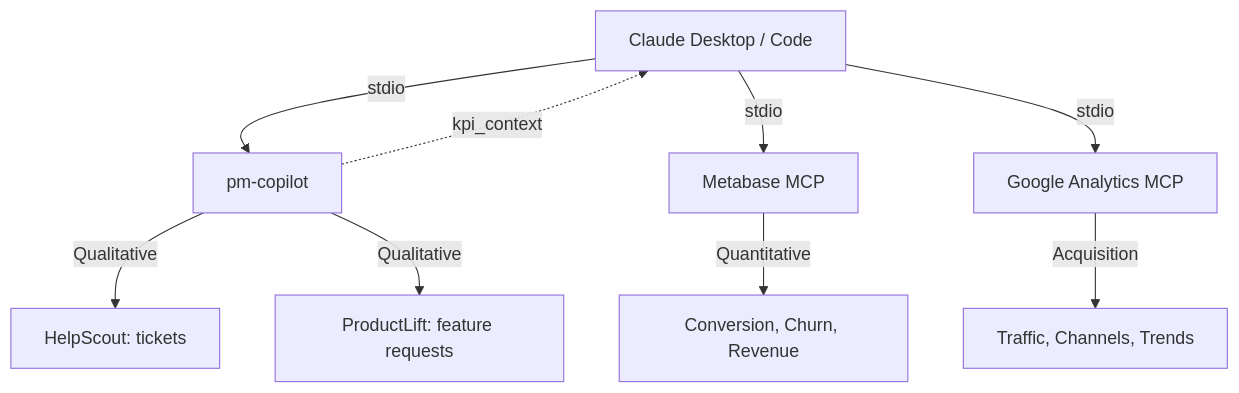
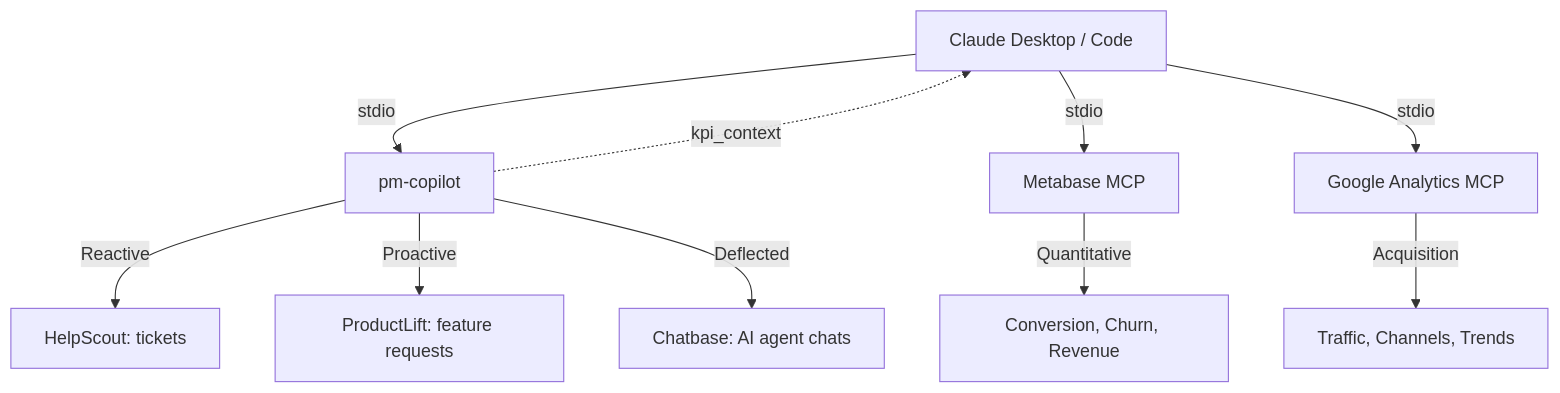
The diagram in README.md (dkships/pm-copilot), drawn with Mermaid before and after one commit. The commit also changed other lines of this file and 22 other files, not shown here.

````diff
--- a/README.md
+++ b/README.md
@@ -27,11 +28,12 @@
 ```mermaid
 graph TD
     A[Claude Desktop / Code] -->|stdio| B[pm-copilot]
     A -->|stdio| C[Metabase MCP]
     A -->|stdio| D[Google Analytics MCP]
-    B -->|Qualitative| E[HelpScout: tickets]
-    B -->|Qualitative| F[ProductLift: feature requests]
+    B -->|Reactive| E[HelpScout: tickets]
+    B -->|Proactive| F[ProductLift: feature requests]
+    B -->|Deflected| I[Chatbase: AI agent chats]
     C -->|Quantitative| G[Conversion, Churn, Revenue]
     D -->|Acquisition| H[Traffic, Channels, Trends]
     B -.->|kpi_context| A
 ```
````
